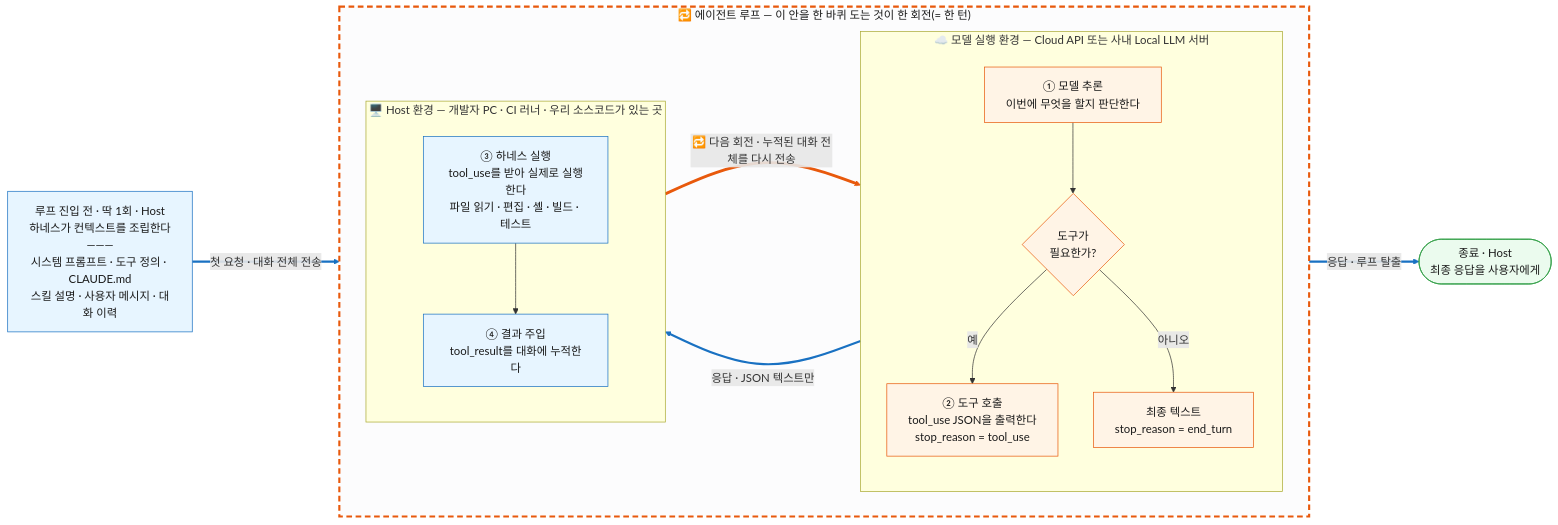
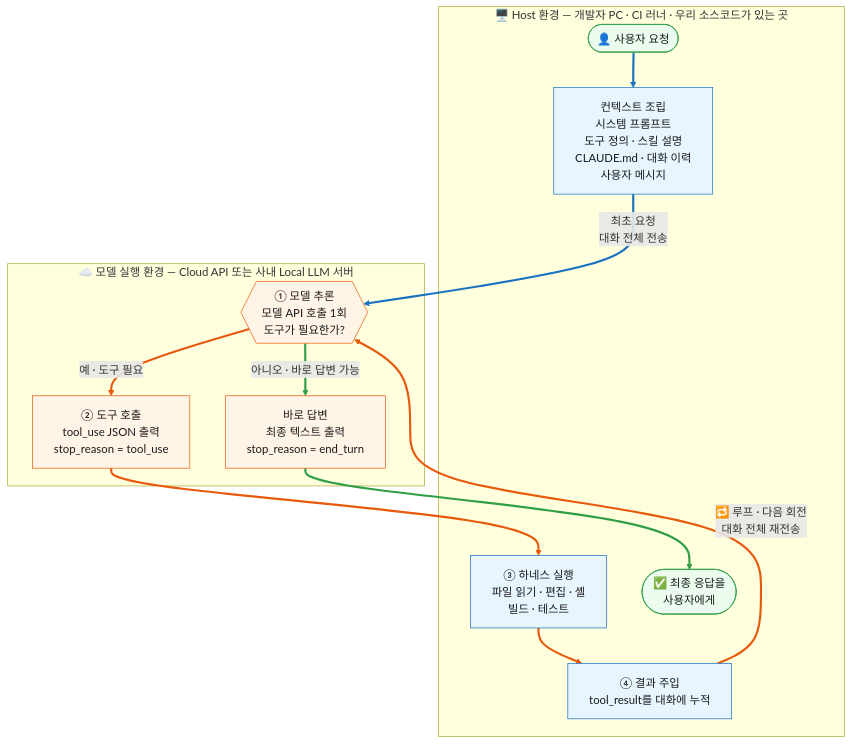
One commit to posimind/coding-agent-seminar changed the first of 2 diagrams in seminar-docs/01-part1-principles.md. Above: the diagram before and after it, drawn with Mermaid. The commit also changed other lines of this file, not shown here.

Commit message:
1.1절 에이전트 루프 다이어그램 재구성: 최초 요청의 판단 분기 명시, 세로 2단 배치

````diff
--- a/seminar-docs/01-part1-principles.md
+++ b/seminar-docs/01-part1-principles.md
@@ -22,45 +22,37 @@
 ```mermaid
-flowchart LR
-    H0["루프 진입 전 · 딱 1회 · Host<br/>하네스가 컨텍스트를 조립한다<br/>―――<br/>시스템 프롬프트 · 도구 정의 · CLAUDE.md<br/>스킬 설명 · 사용자 메시지 · 대화 이력"]
-
-    subgraph LOOP["🔁 에이전트 루프 — 이 안을 한 바퀴 도는 것이 한 회전(= 한 턴)"]
-        direction LR
-
-        subgraph CLOUD["☁️ 모델 실행 환경 — Cloud API 또는 사내 Local LLM 서버"]
-            direction TB
-            M1["① 모델 추론<br/>이번에 무엇을 할지 판단한다"]
-            MD{"도구가<br/>필요한가?"}
-            M2["② 도구 호출<br/>tool_use JSON을 출력한다<br/>stop_reason = tool_use"]
-            MT["최종 텍스트<br/>stop_reason = end_turn"]
-        end
-
-        subgraph HOST["🖥️ Host 환경 — 개발자 PC · CI 러너 · 우리 소스코드가 있는 곳"]
-            direction TB
-            H3["③ 하네스 실행<br/>tool_use를 받아 실제로 실행한다<br/>파일 읽기 · 편집 · 셸 · 빌드 · 테스트"]
-            H4["④ 결과 주입<br/>tool_result를 대화에 누적한다"]
-        end
+%%{init: {"flowchart": {"wrappingWidth": 260}}}%%
+flowchart TB
+    subgraph HOST["🖥️ Host 환경 — 개발자 PC · CI 러너 · 우리 소스코드가 있는 곳"]
+        U(["👤 사용자 요청"])
+        H0["컨텍스트 조립<br/>시스템 프롬프트<br/>도구 정의 · 스킬 설명<br/>CLAUDE.md · 대화 이력<br/>사용자 메시지"]
+        H3["③ 하네스 실행<br/>파일 읽기 · 편집 · 셸<br/>빌드 · 테스트"]
+        H4["④ 결과 주입<br/>tool_result를 대화에 누적"]
+        HEND(["✅ 최종 응답을<br/>사용자에게"])
     end
 
-    HEND(["종료 · Host<br/>최종 응답을 사용자에게"])
+    subgraph MODEL["☁️ 모델 실행 환경 — Cloud API 또는 사내 Local LLM 서버"]
+        M1{{"① 모델 추론<br/>모델 API 호출 1회<br/>도구가 필요한가?"}}
+        M2["② 도구 호출<br/>tool_use JSON 출력<br/>stop_reason = tool_use"]
+        MT["바로 답변<br/>최종 텍스트 출력<br/>stop_reason = end_turn"]
+    end
 
-    H0 == "첫 요청 · 대화 전체 전송" ==> M1
-    M1 --> MD
-    MD -- "예" --> M2
-    MD -- "아니오" --> MT
-    M2 == "응답 · JSON 텍스트만" ==> H3
+    U --> H0
+    H0 -- "최초 요청<br/>대화 전체 전송" --> M1
+    M1 -- "예 · 도구 필요" --> M2
+    M1 -- "아니오 · 바로 답변 가능" --> MT
+    M2 --> H3
     H3 --> H4
-    H4 == "🔁 다음 회전 · 누적된 대화 전체를 다시 전송" ==> M1
-    MT == "응답 · 루프 탈출" ==> HEND
+    H4 -- "🔁 루프 · 다음 회전<br/>대화 전체 재전송" --> M1
+    MT --> HEND
 
-    linkStyle 0,4,7 stroke:#1971c2,stroke-width:3px
-    linkStyle 6 stroke:#e8590c,stroke-width:4px
+    linkStyle 0,1 stroke:#1971c2,stroke-width:3px
+    linkStyle 2,4,5,6 stroke:#e8590c,stroke-width:3px
+    linkStyle 3,7 stroke:#2f9e44,stroke-width:3px
 
     classDef host fill:#e7f5ff,stroke:#1971c2,color:#1a1a1a
     classDef cloud fill:#fff4e6,stroke:#e8590c,color:#1a1a1a
     classDef fin fill:#ebfbee,stroke:#2f9e44,color:#1a1a1a
     class H0,H3,H4 host
-    class M1,MD,M2,MT cloud
-    class HEND fin
-
-    style LOOP fill:#fcfcfd,stroke:#e8590c,stroke-width:3px,stroke-dasharray:8 5,color:#1a1a1a
+    class M1,M2,MT cloud
+    class U,HEND fin
 ```
````
